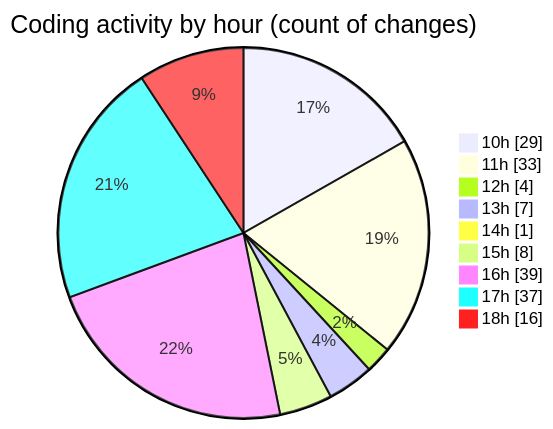
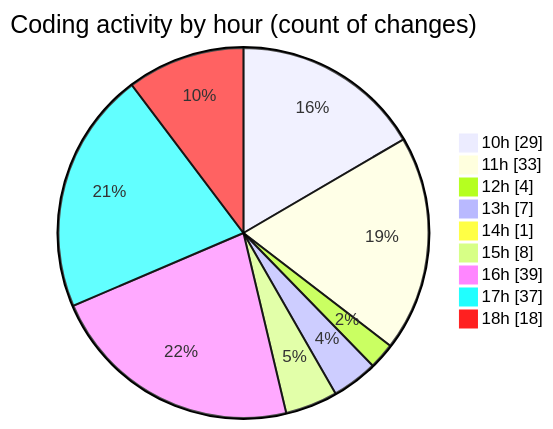
One commit to momahboobian/code-tracking changed the second of 2 diagrams in 2025-06-05/cda/README.md. Above: the diagram before and after it, drawn with Mermaid. The commit also changed other lines of this file and 1 other file, not shown here.

````diff
--- a/2025-06-05/cda/README.md
+++ b/2025-06-05/cda/README.md
@@ -68,13 +69,13 @@
 ```mermaid
 pie showData
 title Coding activity by hour (count of changes)
 "10h" : 29
 "11h" : 33
 "12h" : 4
 "13h" : 7
 "14h" : 1
 "15h" : 8
 "16h" : 39
 "17h" : 37
-"18h" : 16
+"18h" : 18
 ```
````
